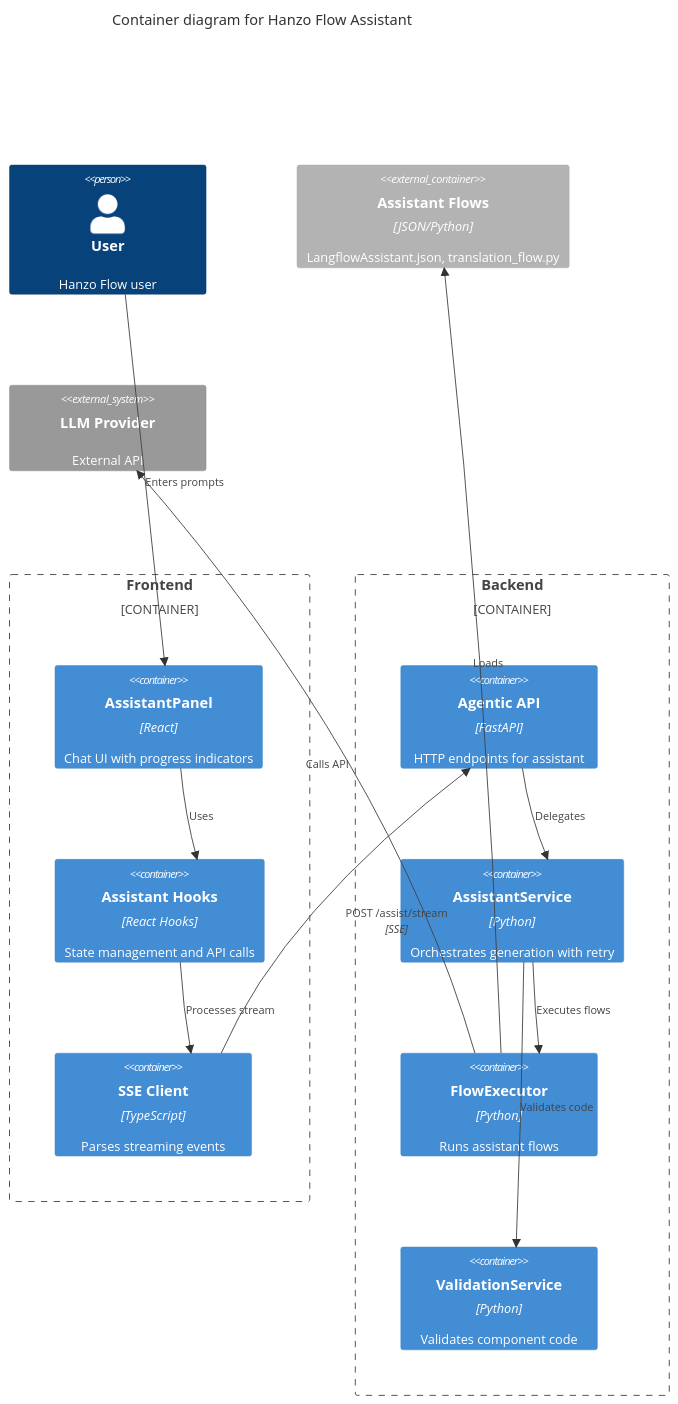
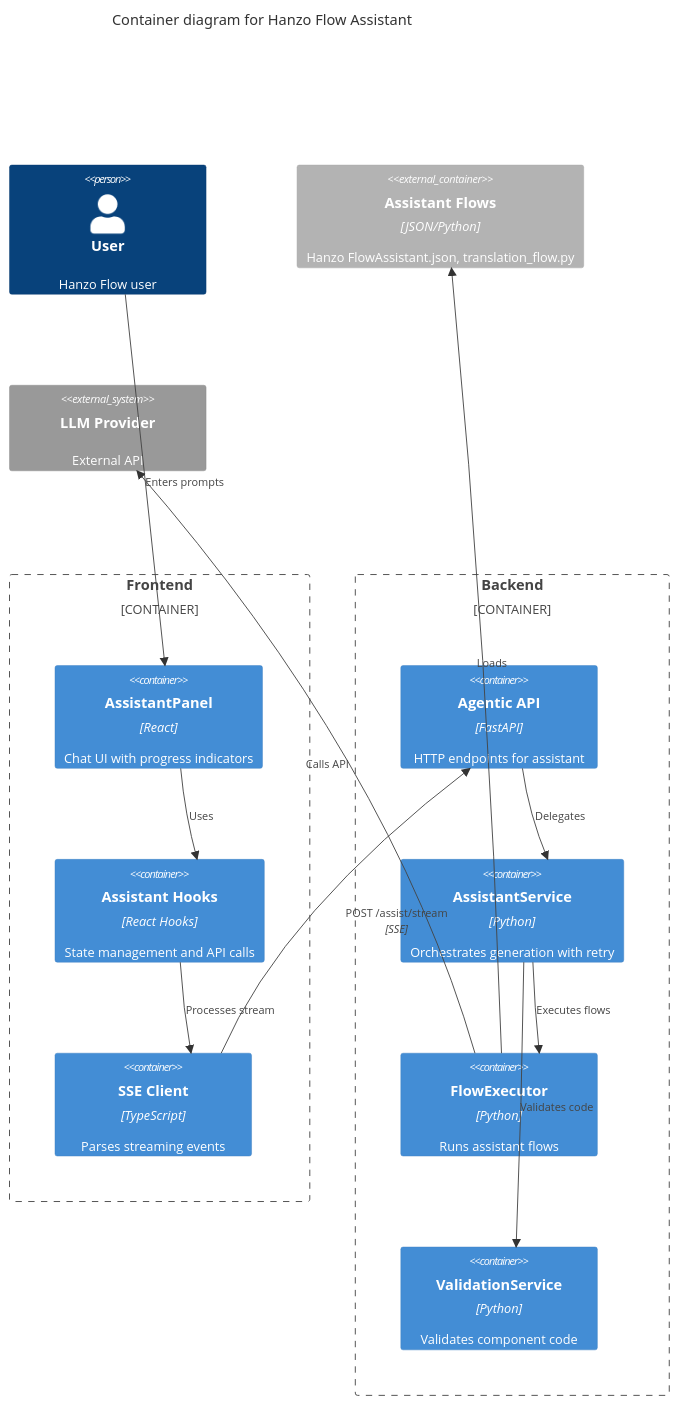
Before and after one commit to hanzoai/flow: the second of 3 diagrams in docs/features/langflow-assistant.md, drawn with Mermaid. The commit also changed other lines of this file and 1185 other files, not shown here.

````diff
--- a/docs/features/langflow-assistant.md
+++ b/docs/features/langflow-assistant.md
@@ -996,32 +996,32 @@
 ```mermaid
 C4Container
   title Container diagram for Hanzo Flow Assistant
 
   Person(user, "User", "Hanzo Flow user")
 
   Container_Boundary(frontend, "Frontend") {
     Container(assistant_panel, "AssistantPanel", "React", "Chat UI with progress indicators")
     Container(assistant_hooks, "Assistant Hooks", "React Hooks", "State management and API calls")
     Container(sse_client, "SSE Client", "TypeScript", "Parses streaming events")
   }
 
   Container_Boundary(backend, "Backend") {
     Container(agentic_api, "Agentic API", "FastAPI", "HTTP endpoints for assistant")
     Container(assistant_service, "AssistantService", "Python", "Orchestrates generation with retry")
     Container(flow_executor, "FlowExecutor", "Python", "Runs assistant flows")
     Container(validation_service, "ValidationService", "Python", "Validates component code")
   }
 
-  Container_Ext(flows, "Assistant Flows", "JSON/Python", "LangflowAssistant.json, translation_flow.py")
+  Container_Ext(flows, "Assistant Flows", "JSON/Python", "Hanzo FlowAssistant.json, translation_flow.py")
   System_Ext(llm, "LLM Provider", "External API")
 
   Rel(user, assistant_panel, "Enters prompts")
   Rel(assistant_panel, assistant_hooks, "Uses")
   Rel(assistant_hooks, sse_client, "Processes stream")
   Rel(sse_client, agentic_api, "POST /assist/stream", "SSE")
   Rel(agentic_api, assistant_service, "Delegates")
   Rel(assistant_service, flow_executor, "Executes flows")
   Rel(assistant_service, validation_service, "Validates code")
   Rel(flow_executor, flows, "Loads")
   Rel(flow_executor, llm, "Calls API")
 ```
````
